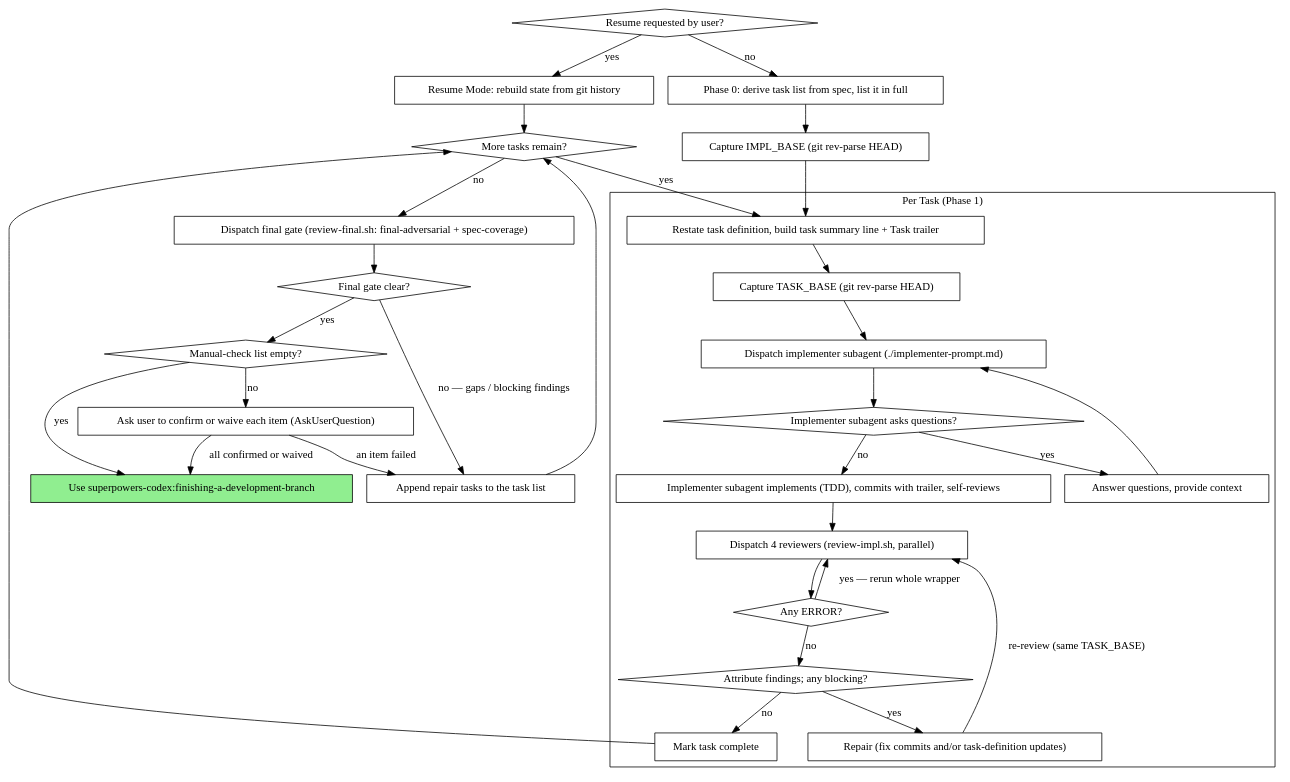
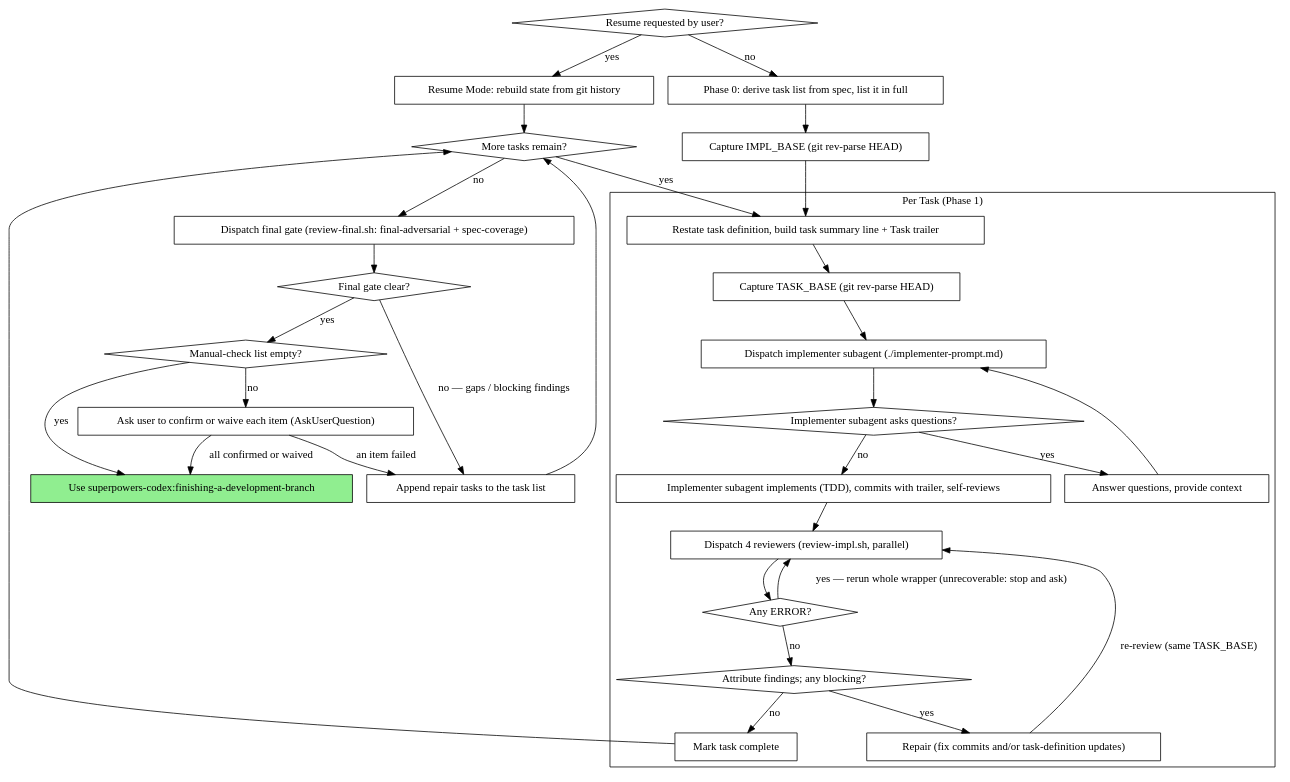
The second of 2 diagrams in skills/subagent-driven-development/SKILL.md (stu43005/superpowers-codex), drawn with Graphviz before and after one commit. The commit also changed other lines of this file and 1 other file, not shown here.

First line of the commit message:
feat(skills): stop and ask instead of rerunning unrecoverable reviewer ERRORs

````diff
--- a/skills/subagent-driven-development/SKILL.md
+++ b/skills/subagent-driven-development/SKILL.md
@@ -43,62 +43,62 @@
 ```dot
 digraph process {
     rankdir=TB;
 
     subgraph cluster_per_task {
         label="Per Task (Phase 1)";
         "Restate task definition, build task summary line + Task trailer" [shape=box];
         "Capture TASK_BASE (git rev-parse HEAD)" [shape=box];
         "Dispatch implementer subagent (./implementer-prompt.md)" [shape=box];
         "Implementer subagent asks questions?" [shape=diamond];
         "Answer questions, provide context" [shape=box];
         "Implementer subagent implements (TDD), commits with trailer, self-reviews" [shape=box];
         "Dispatch 4 reviewers (review-impl.sh, parallel)" [shape=box];
         "Any ERROR?" [shape=diamond];
         "Attribute findings; any blocking?" [shape=diamond];
         "Repair (fix commits and/or task-definition updates)" [shape=box];
         "Mark task complete" [shape=box];
     }
 
     "Resume requested by user?" [shape=diamond];
     "Resume Mode: rebuild state from git history" [shape=box];
     "Phase 0: derive task list from spec, list it in full" [shape=box];
     "Capture IMPL_BASE (git rev-parse HEAD)" [shape=box];
     "More tasks remain?" [shape=diamond];
     "Dispatch final gate (review-final.sh: final-adversarial + spec-coverage)" [shape=box];
     "Final gate clear?" [shape=diamond];
     "Append repair tasks to the task list" [shape=box];
     "Manual-check list empty?" [shape=diamond];
     "Ask user to confirm or waive each item (AskUserQuestion)" [shape=box];
     "Use superpowers-codex:finishing-a-development-branch" [shape=box style=filled fillcolor=lightgreen];
 
     "Resume requested by user?" -> "Phase 0: derive task list from spec, list it in full" [label="no"];
     "Resume requested by user?" -> "Resume Mode: rebuild state from git history" [label="yes"];
     "Resume Mode: rebuild state from git history" -> "More tasks remain?";
     "Phase 0: derive task list from spec, list it in full" -> "Capture IMPL_BASE (git rev-parse HEAD)";
     "Capture IMPL_BASE (git rev-parse HEAD)" -> "Restate task definition, build task summary line + Task trailer";
     "Restate task definition, build task summary line + Task trailer" -> "Capture TASK_BASE (git rev-parse HEAD)";
     "Capture TASK_BASE (git rev-parse HEAD)" -> "Dispatch implementer subagent (./implementer-prompt.md)";
     "Dispatch implementer subagent (./implementer-prompt.md)" -> "Implementer subagent asks questions?";
     "Implementer subagent asks questions?" -> "Answer questions, provide context" [label="yes"];
     "Answer questions, provide context" -> "Dispatch implementer subagent (./implementer-prompt.md)";
     "Implementer subagent asks questions?" -> "Implementer subagent implements (TDD), commits with trailer, self-reviews" [label="no"];
     "Implementer subagent implements (TDD), commits with trailer, self-reviews" -> "Dispatch 4 reviewers (review-impl.sh, parallel)";
     "Dispatch 4 reviewers (review-impl.sh, parallel)" -> "Any ERROR?";
-    "Any ERROR?" -> "Dispatch 4 reviewers (review-impl.sh, parallel)" [label="yes — rerun whole wrapper"];
+    "Any ERROR?" -> "Dispatch 4 reviewers (review-impl.sh, parallel)" [label="yes — rerun whole wrapper (unrecoverable: stop and ask)"];
     "Any ERROR?" -> "Attribute findings; any blocking?" [label="no"];
     "Attribute findings; any blocking?" -> "Repair (fix commits and/or task-definition updates)" [label="yes"];
     "Repair (fix commits and/or task-definition updates)" -> "Dispatch 4 reviewers (review-impl.sh, parallel)" [label="re-review (same TASK_BASE)"];
     "Attribute findings; any blocking?" -> "Mark task complete" [label="no"];
     "Mark task complete" -> "More tasks remain?";
     "More tasks remain?" -> "Restate task definition, build task summary line + Task trailer" [label="yes"];
     "More tasks remain?" -> "Dispatch final gate (review-final.sh: final-adversarial + spec-coverage)" [label="no"];
     "Dispatch final gate (review-final.sh: final-adversarial + spec-coverage)" -> "Final gate clear?";
     "Final gate clear?" -> "Append repair tasks to the task list" [label="no — gaps / blocking findings"];
     "Append repair tasks to the task list" -> "More tasks remain?";
     "Final gate clear?" -> "Manual-check list empty?" [label="yes"];
     "Manual-check list empty?" -> "Use superpowers-codex:finishing-a-development-branch" [label="yes"];
     "Manual-check list empty?" -> "Ask user to confirm or waive each item (AskUserQuestion)" [label="no"];
     "Ask user to confirm or waive each item (AskUserQuestion)" -> "Use superpowers-codex:finishing-a-development-branch" [label="all confirmed or waived"];
     "Ask user to confirm or waive each item (AskUserQuestion)" -> "Append repair tasks to the task list" [label="an item failed"];
 }
 ```
````
